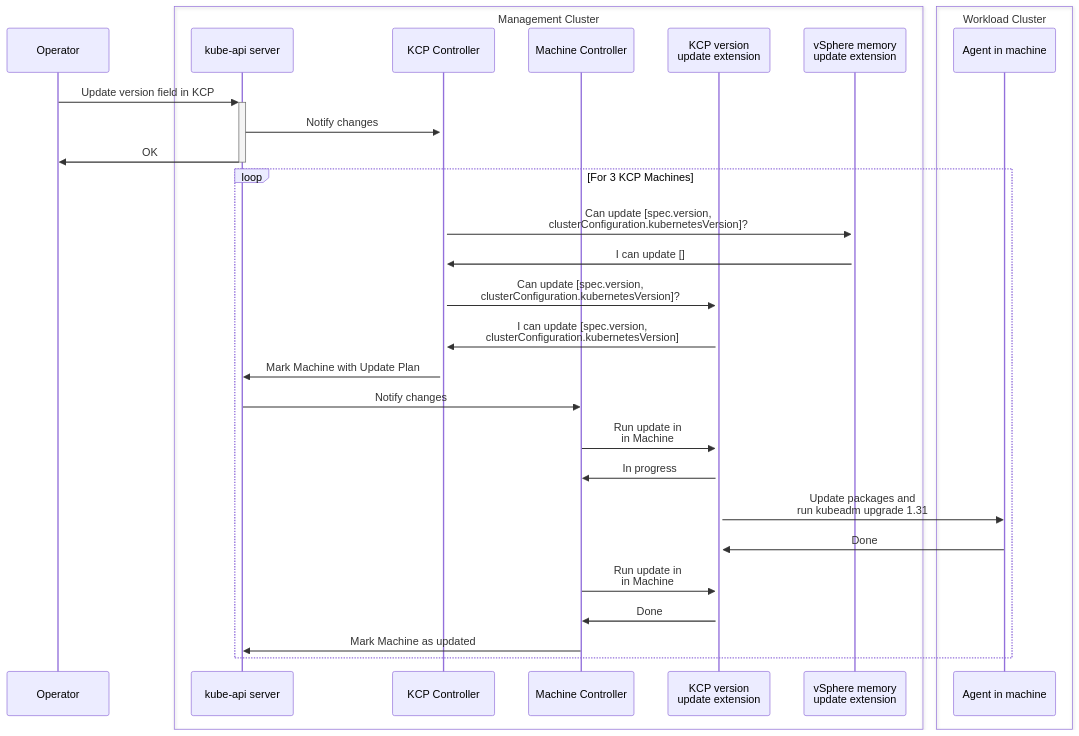
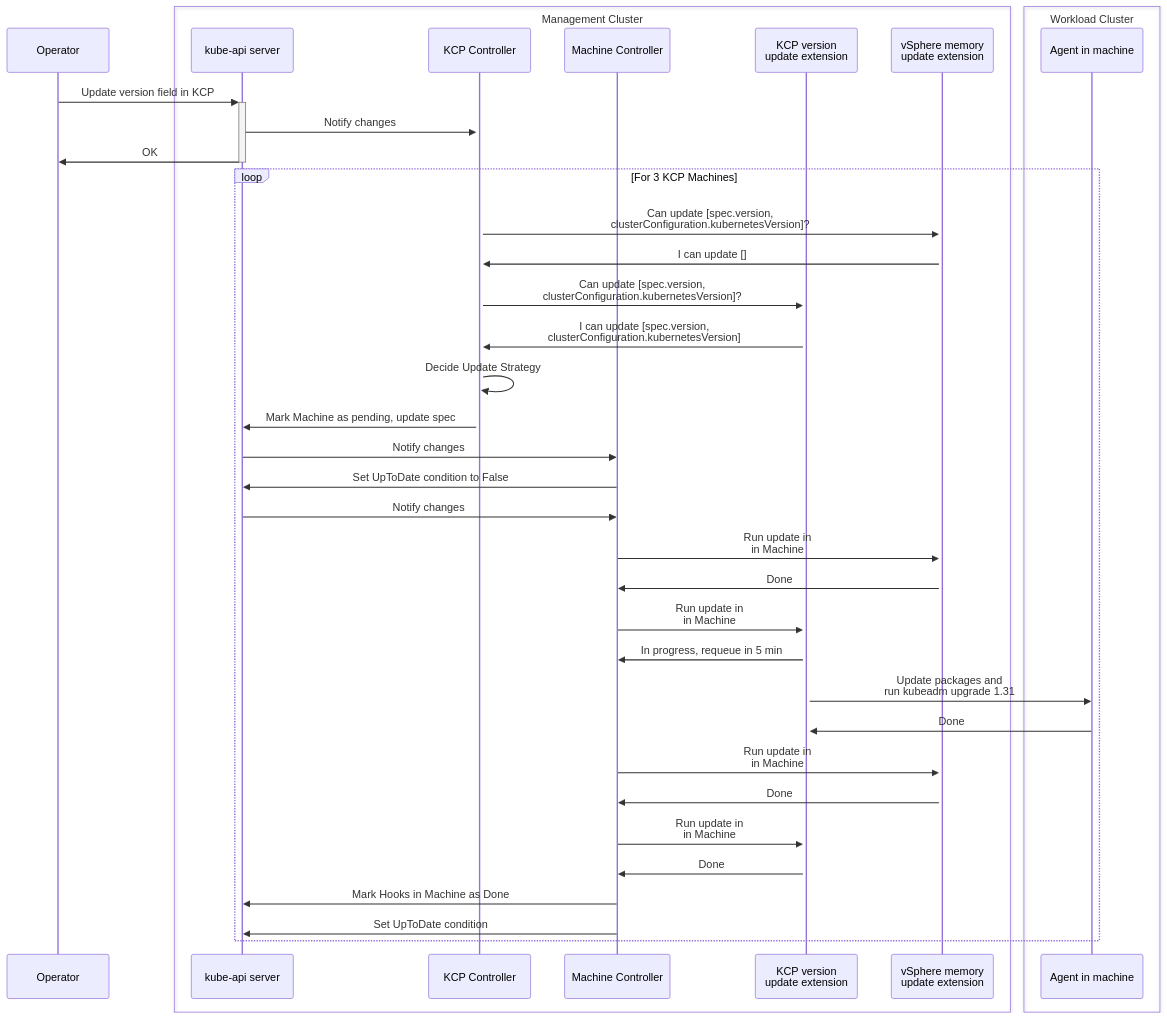
The sixth of 9 diagrams in docs/proposals/20240807-in-place-updates.md (kubernetes-sigs/cluster-api), drawn with Mermaid before and after one commit. The commit also changed other lines of this file, not shown here.

````diff
--- a/docs/proposals/20240807-in-place-updates.md
+++ b/docs/proposals/20240807-in-place-updates.md
@@ -419,35 +435,43 @@
 ```mermaid
 sequenceDiagram
     participant Operator
 
     box Management Cluster
         participant apiserver as kube-api server
         participant capi as KCP Controller
         participant mach as Machine Controller
         participant hook as KCP version <br>update extension
         participant hook2 as vSphere memory <br>update extension
     end
     
     box Workload Cluster
         participant machines as Agent in machine
     end    
 
     Operator->>+apiserver: Update version field in KCP
     apiserver->>+capi: Notify changes
     apiserver->>-Operator: OK
     loop For 3 KCP Machines
         capi->>+hook2: Can update [spec.version,<br>clusterConfiguration.kubernetesVersion]?
         hook2->>capi: I can update []
         capi->>+hook: Can update [spec.version,<br>clusterConfiguration.kubernetesVersion]?
         hook->>capi: I can update [spec.version,<br>clusterConfiguration.kubernetesVersion]
-        capi->>apiserver: Mark Machine with Update Plan
+        capi->>capi: Decide Update Strategy
+        capi->>apiserver: Mark Machine as pending, update spec
         apiserver->>mach: Notify changes
+        mach->>apiserver: Set UpToDate condition to False
+        apiserver->>mach: Notify changes
+        mach->>hook2: Run update in<br> in Machine
+        hook2->>mach: Done
         mach->>hook: Run update in<br> in Machine
-        hook->>mach: In progress
+        hook->>mach: In progress, requeue in 5 min
         hook->>machines: Update packages and<br>run kubeadm upgrade 1.31
         machines->>hook: Done
+        mach->>hook2: Run update in<br> in Machine
+        hook2->>mach: Done
         mach->>hook: Run update in<br> in Machine
         hook->>mach: Done
-        mach->>apiserver: Mark Machine as updated
+        mach->>apiserver: Mark Hooks in Machine as Done
+        mach->>apiserver: Set UpToDate condition
     end
 ```
````
